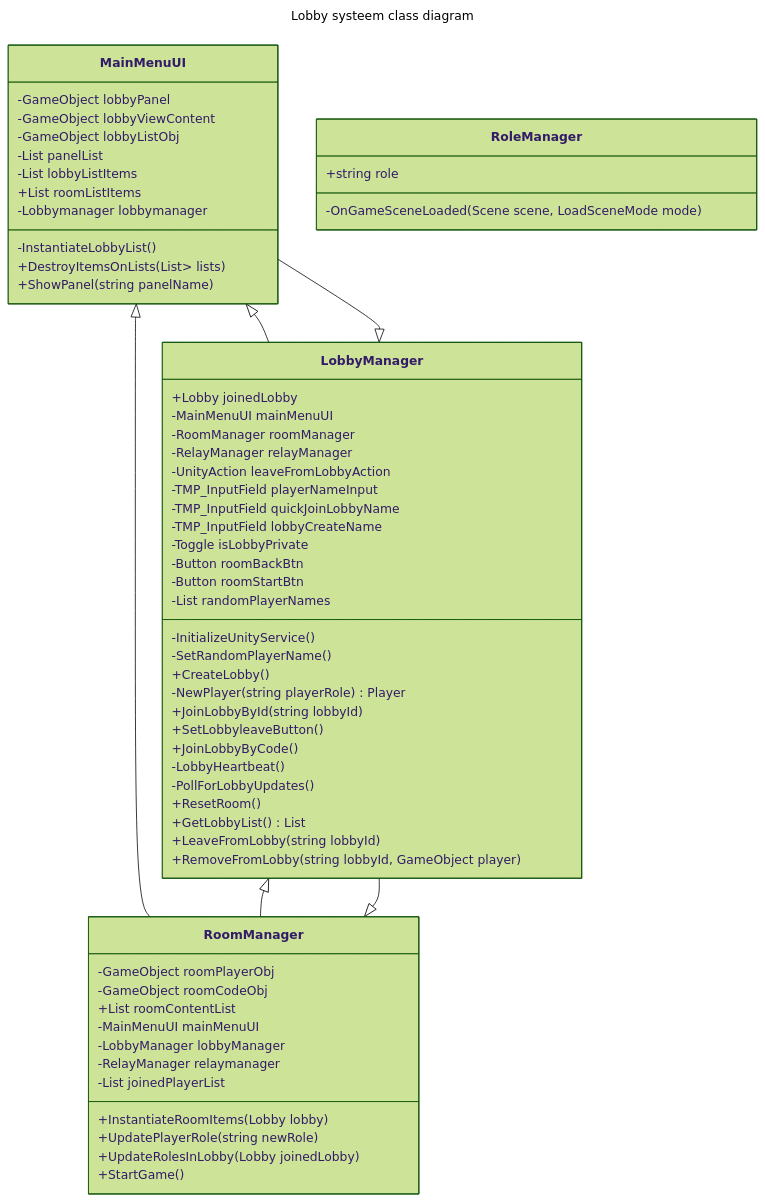
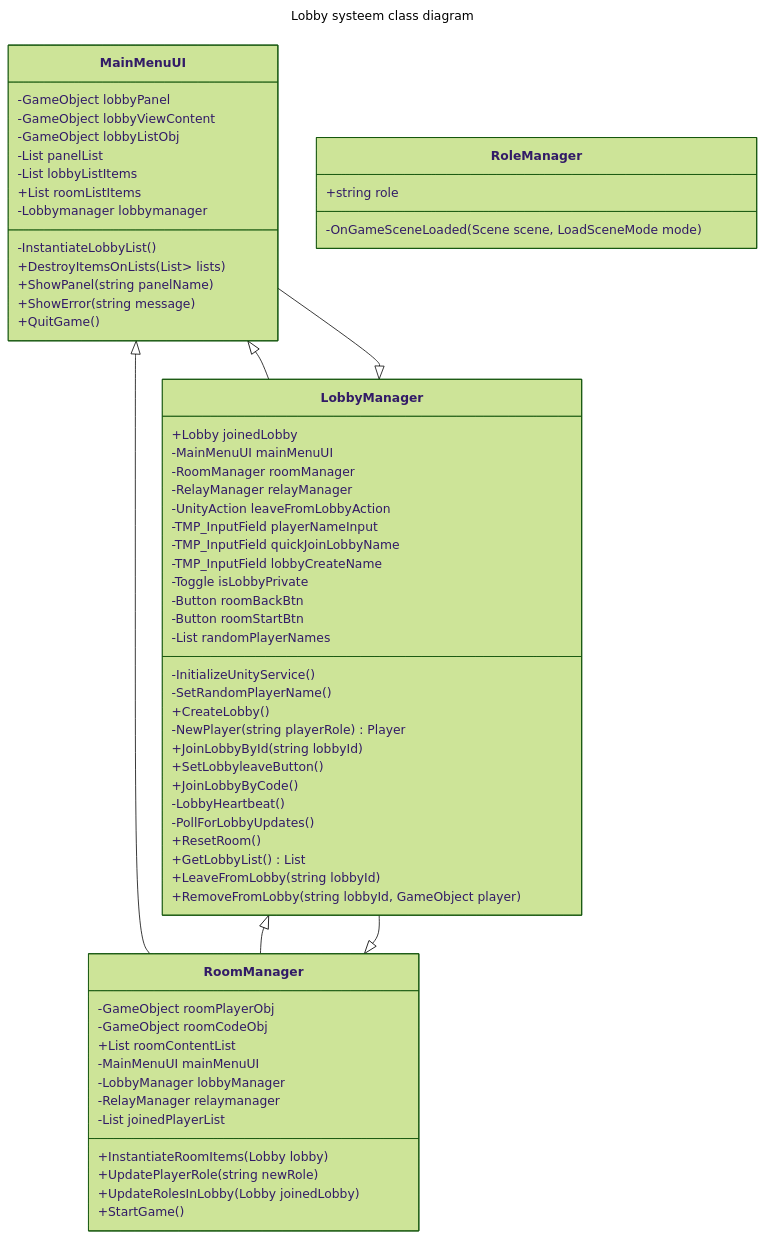
The third of 4 diagrams in README.md (T3rabyte/Examen), drawn with Mermaid (forest theme) before and after one commit.

````diff
--- a/README.md
+++ b/README.md
@@ -68,67 +68,69 @@
 ```mermaid
 ---
 title: Lobby systeem class diagram
 ---
 classDiagram
     MainMenuUI <|-- LobbyManager
     LobbyManager <|-- MainMenuUI
     MainMenuUI <|-- RoomManager
     LobbyManager <|-- RoomManager
     RoomManager <|-- LobbyManager
     class MainMenuUI{
         -GameObject lobbyPanel
         -GameObject lobbyViewContent
         -GameObject lobbyListObj
         -List<GameObject> panelList
         -List<GameObject> lobbyListItems
         +List<GameObject> roomListItems
         -Lobbymanager lobbymanager
         -InstantiateLobbyList()
         +DestroyItemsOnLists(List<List<GameObjects>> lists)
         +ShowPanel(string panelName)
+        +ShowError(string message)
+        +QuitGame()
     }
     class LobbyManager{
         +Lobby joinedLobby
         -MainMenuUI mainMenuUI
         -RoomManager roomManager
         -RelayManager relayManager
         -UnityAction leaveFromLobbyAction
         -TMP_InputField playerNameInput
         -TMP_InputField quickJoinLobbyName
         -TMP_InputField lobbyCreateName
         -Toggle isLobbyPrivate
         -Button roomBackBtn
         -Button roomStartBtn
         -List<string> randomPlayerNames
         -InitializeUnityService()
         -SetRandomPlayerName()
         +CreateLobby()
         -NewPlayer(string playerRole) Player
         +JoinLobbyById(string lobbyId)
         +SetLobbyleaveButton()
         +JoinLobbyByCode()
         -LobbyHeartbeat()
         -PollForLobbyUpdates()
         +ResetRoom()
         +GetLobbyList() List<Lobby>
         +LeaveFromLobby(string lobbyId)
         +RemoveFromLobby(string lobbyId, GameObject player) 
     }
     class RoomManager{
         -GameObject roomPlayerObj
         -GameObject roomCodeObj
         +List<GameObject> roomContentList
         -MainMenuUI mainMenuUI
         -LobbyManager lobbyManager
         -RelayManager relaymanager
         -List<Player> joinedPlayerList
         +InstantiateRoomItems(Lobby lobby)
         +UpdatePlayerRole(string newRole) 
         +UpdateRolesInLobby(Lobby joinedLobby) 
         +StartGame()
     }
     class RoleManager{
         +string role
         -OnGameSceneLoaded(Scene scene, LoadSceneMode mode)
     }
 ```
````
